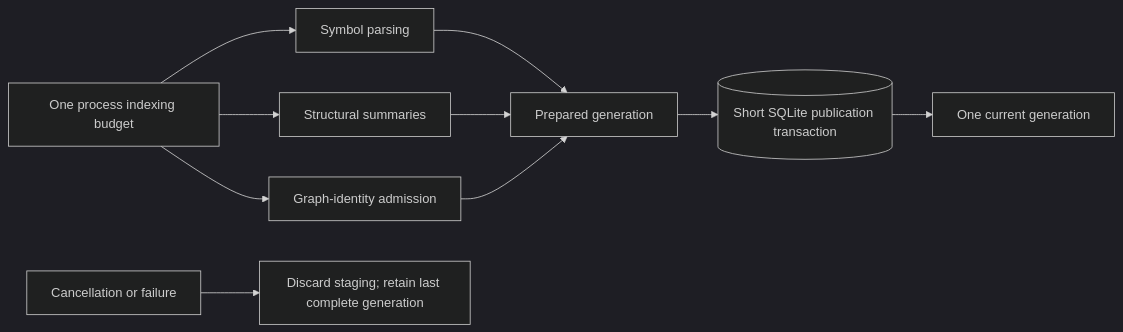
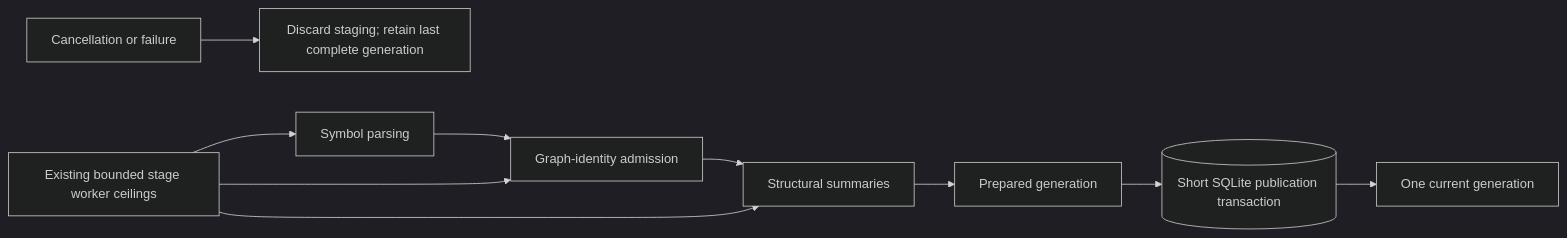
Before and after one commit to styler-ai/ProjectAtlas: the fifth of 28 diagrams in docs/v050-release-architecture.md, drawn with Mermaid (dark theme). The commit also changed other lines of this file and 5 other files, not shown here.

Commit message:
perf(indexing): make graph measurements reproducible (#358)

````diff
--- a/docs/v050-release-architecture.md
+++ b/docs/v050-release-architecture.md
@@ -72,12 +72,12 @@
 ```mermaid
 flowchart LR
-    budget[One process indexing budget] --> parse[Symbol parsing]
+    budget[Existing bounded stage worker ceilings] --> parse[Symbol parsing]
+    budget --> admission[Graph-identity admission]
     budget --> summaries[Structural summaries]
-    budget --> admission[Graph-identity admission]
-    parse --> staged[Prepared generation]
-    summaries --> staged
-    admission --> staged
+    parse --> admission
+    admission --> summaries
+    summaries --> staged[Prepared generation]
     staged --> tx[(Short SQLite publication transaction)]
     tx --> current[One current generation]
     cancel[Cancellation or failure] --> cleanup[Discard staging; retain last complete generation]
 ```
````
